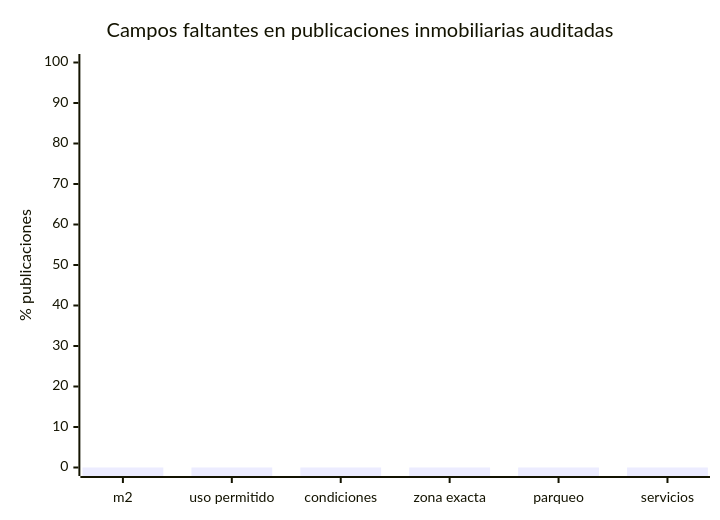
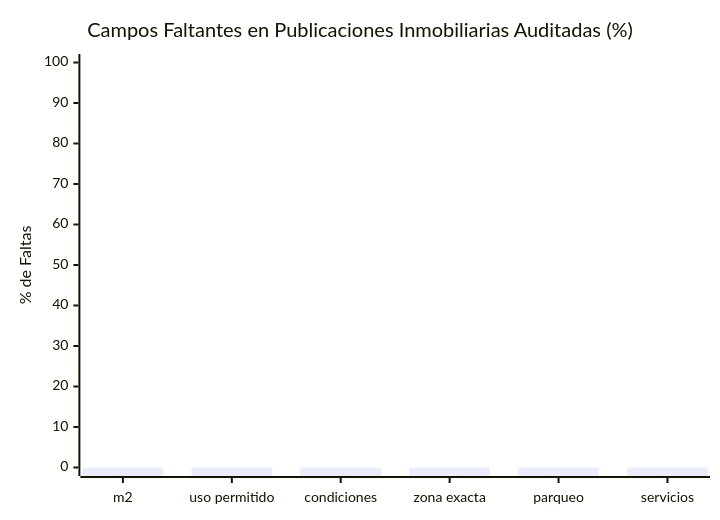
The fifth of 5 diagrams in Mita_fuentes_estadisticas.md (mita-build-with-ai-2026/.github), drawn with Mermaid before and after one commit. The commit also changed other lines of this file and 35 other files, not shown here.

````diff
--- a/Mita_fuentes_estadisticas.md
+++ b/Mita_fuentes_estadisticas.md
@@ -110,7 +114,7 @@
 ```mermaid
 xychart-beta
-  title "Campos faltantes en publicaciones inmobiliarias auditadas"
+  title "Campos Faltantes en Publicaciones Inmobiliarias Auditadas (%)"
   x-axis ["m2", "uso permitido", "condiciones", "zona exacta", "parqueo", "servicios"]
-  y-axis "% publicaciones" 0 --> 100
+  y-axis "% de Faltas" 0 --> 100
   bar [0, 0, 0, 0, 0, 0]
 ```
````
